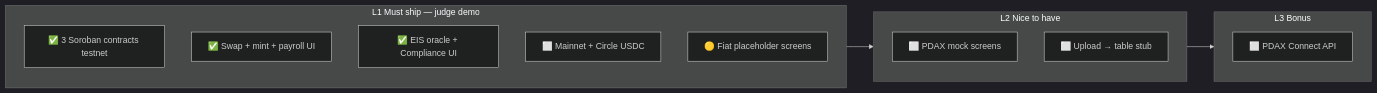
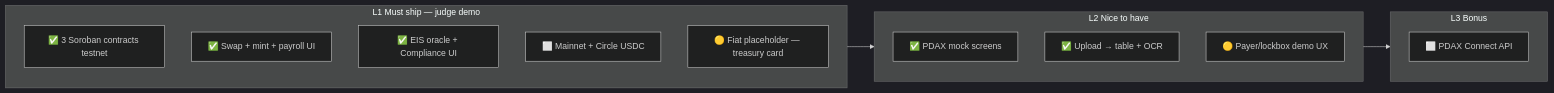
The seventh of 8 diagrams in docs/flow.md (Axon-Enjin/axial), drawn with Mermaid (dark theme) before and after one commit. The commit also changed other lines of this file and 37 other files, not shown here.

````diff
--- a/docs/flow.md
+++ b/docs/flow.md
@@ -282,21 +300,22 @@
 ```mermaid
 flowchart LR
   subgraph L1 [L1 Must ship — judge demo]
     L1a["✅ 3 Soroban contracts testnet"]
     L1b["✅ Swap + mint + payroll UI"]
     L1c["✅ EIS oracle + Compliance UI"]
     L1d["⬜ Mainnet + Circle USDC"]
-    L1e["🟡 Fiat placeholder screens"]
+    L1e["🟡 Fiat placeholder — treasury card"]
   end
 
   subgraph L2 [L2 Nice to have]
-    L2a["⬜ PDAX mock screens"]
-    L2b["⬜ Upload → table stub"]
+    L2a["✅ PDAX mock screens"]
+    L2b["✅ Upload → table + OCR"]
+    L2c["🟡 Payer/lockbox demo UX"]
   end
 
   subgraph L3 [L3 Bonus]
     L3a["⬜ PDAX Connect API"]
   end
 
   L1 --> L2 --> L3
 ```
````
